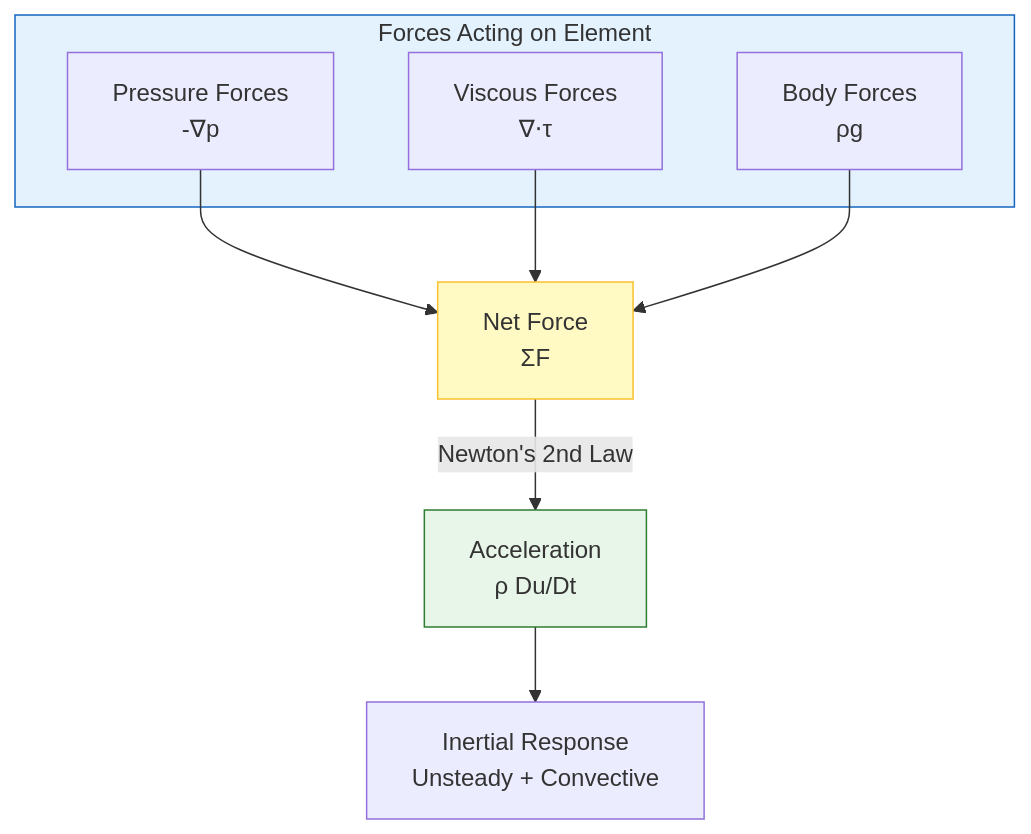
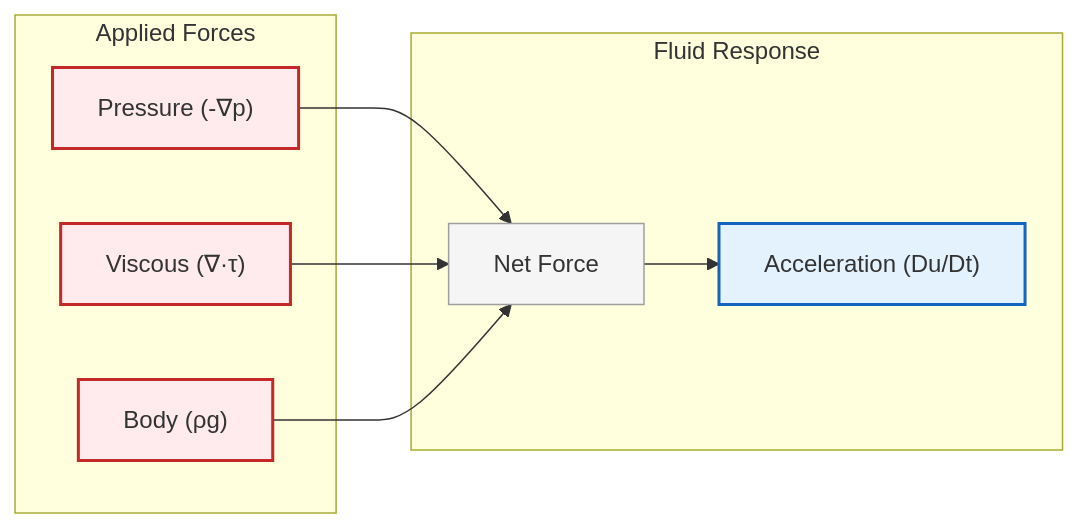
One commit to wramet/build-my-cfd changed the third of 8 diagrams in MODULE_01_CFD_FUNDAMENTALS/CONTENT/02_FINITE_VOLUME_METHOD/00_Overview.md. Above: the diagram before and after it, drawn with Mermaid. The commit also changed other lines of this file and 313 other files, not shown here.

Commit message:
Revise all diagram

````diff
--- a/MODULE_01_CFD_FUNDAMENTALS/CONTENT/02_FINITE_VOLUME_METHOD/00_Overview.md
+++ b/MODULE_01_CFD_FUNDAMENTALS/CONTENT/02_FINITE_VOLUME_METHOD/00_Overview.md
@@ -116,20 +94,22 @@
 ```mermaid
-graph TD
-    subgraph Forces["Forces Acting on Element"]
-        P["Pressure Forces<br/>-∇p"]
-        V["Viscous Forces<br/>∇⋅τ"]
-        B["Body Forces<br/>ρg"]
-    end
+graph LR
+%% Force Balance
+subgraph Forces ["Applied Forces"]
+    Press["Pressure (-∇p)"]:::explicit
+    Visc["Viscous (∇·τ)"]:::explicit
+    Body["Body (ρg)"]:::explicit
+end
 
-    P --> Net["Net Force<br/>ΣF"]
-    V --> Net
-    B --> Net
+subgraph Motion ["Fluid Response"]
+    Net["Net Force"]:::context
+    Acc["Acceleration (Du/Dt)"]:::implicit
+end
 
-    Net -->|Newton's 2nd Law| Acc["Acceleration<br/>ρ Du/Dt"]
+Press & Visc & Body --> Net
+Net --> Acc
 
-    Acc --> Inertia["Inertial Response<br/>Unsteady + Convective"]
-
-    style Forces fill:#e3f2fd,stroke:#1565c0
-    style Net fill:#fff9c4,stroke:#fbc02d
-    style Acc fill:#e8f5e9,stroke:#2e7d32
+%% Classes
+classDef implicit fill:#e3f2fd,stroke:#1565c0,stroke-width:2px;
+classDef explicit fill:#ffebee,stroke:#c62828,stroke-width:2px;
+classDef context fill:#f5f5f5,stroke:#9e9e9e,stroke-width:1px;
 ```
````
